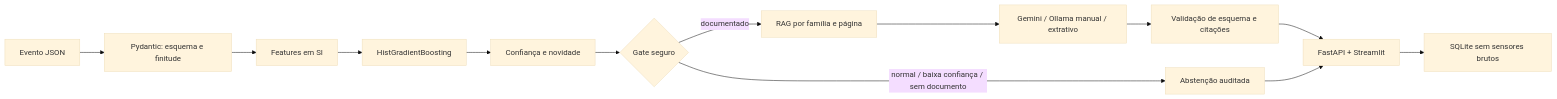
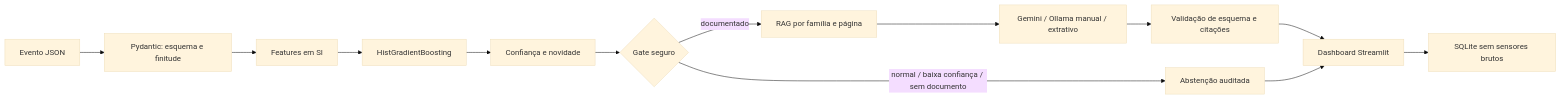
Before and after one commit to mmatteuus/FIESC: the first of 2 diagrams in docs/ARQUITETURA.md, drawn with Mermaid (base theme). The commit also changed other lines of this file and 17 other files, not shown here.

Commit message:
remove: drop web version, Vercel config and API layer (keep Streamlit)

````diff
--- a/docs/ARQUITETURA.md
+++ b/docs/ARQUITETURA.md
@@ -5,15 +5,15 @@
 ```mermaid
 flowchart LR
     A["Evento JSON"] --> B["Pydantic: esquema e finitude"]
     B --> C["Features em SI"]
     C --> D["HistGradientBoosting"]
     D --> E["Confiança e novidade"]
     E --> F{"Gate seguro"}
     F -->|"normal / baixa confiança / sem documento"| G["Abstenção auditada"]
     F -->|"documentado"| H["RAG por família e página"]
     H --> I["Gemini / Ollama manual / extrativo"]
     I --> J["Validação de esquema e citações"]
-    J --> K["FastAPI + Streamlit"]
+    J --> K["Dashboard Streamlit"]
     G --> K
     K --> L["SQLite sem sensores brutos"]
 ```
````
